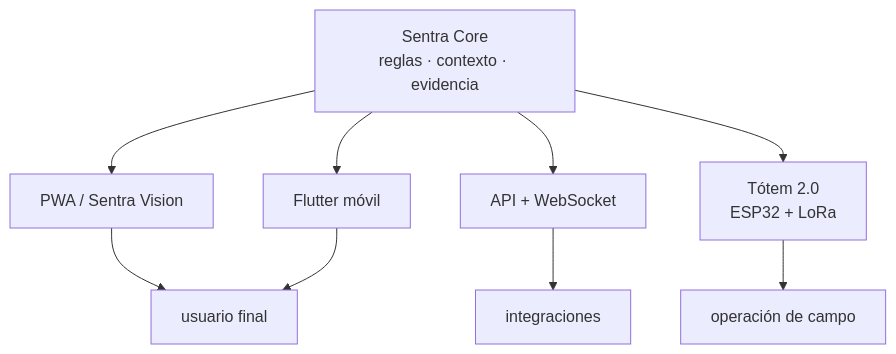
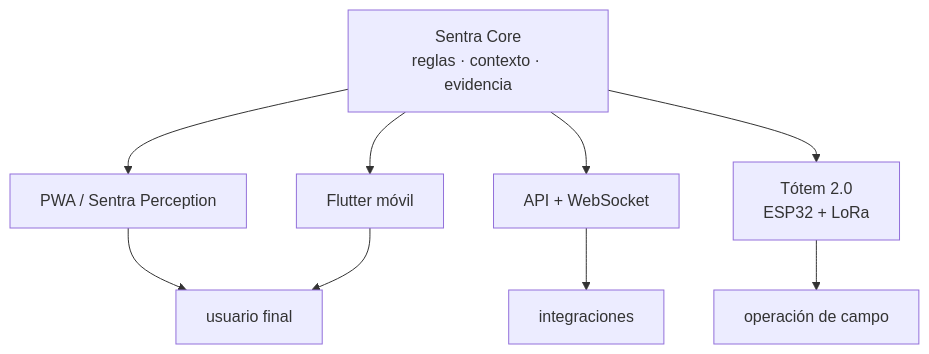
The fourth of 4 diagrams in docs/visual/README.md (matylipsa-create/Sinerys_Game_Motor), drawn with Mermaid before and after one commit. The commit also changed 80 other files, not shown here.

````diff
--- a/docs/visual/README.md
+++ b/docs/visual/README.md
@@ -65,12 +65,12 @@
 ```mermaid
 flowchart TB
   Core["Sentra Core<br/>reglas · contexto · evidencia"]
-  Core --> PWA["PWA / Sentra Vision"]
+  Core --> PWA["PWA / Sentra Perception"]
   Core --> Flutter["Flutter móvil"]
   Core --> API["API + WebSocket"]
   Core --> Totem["Tótem 2.0<br/>ESP32 + LoRa"]
   PWA --> User["usuario final"]
   Flutter --> User
   API --> Integrations["integraciones"]
   Totem --> Field["operación de campo"]
 ```
````
